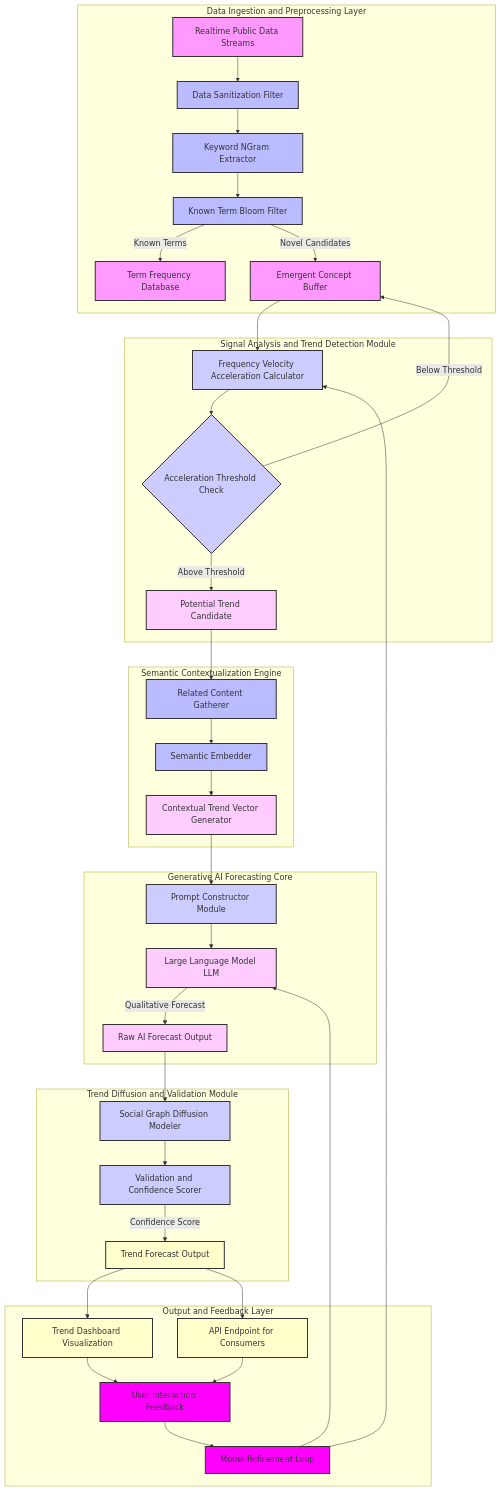
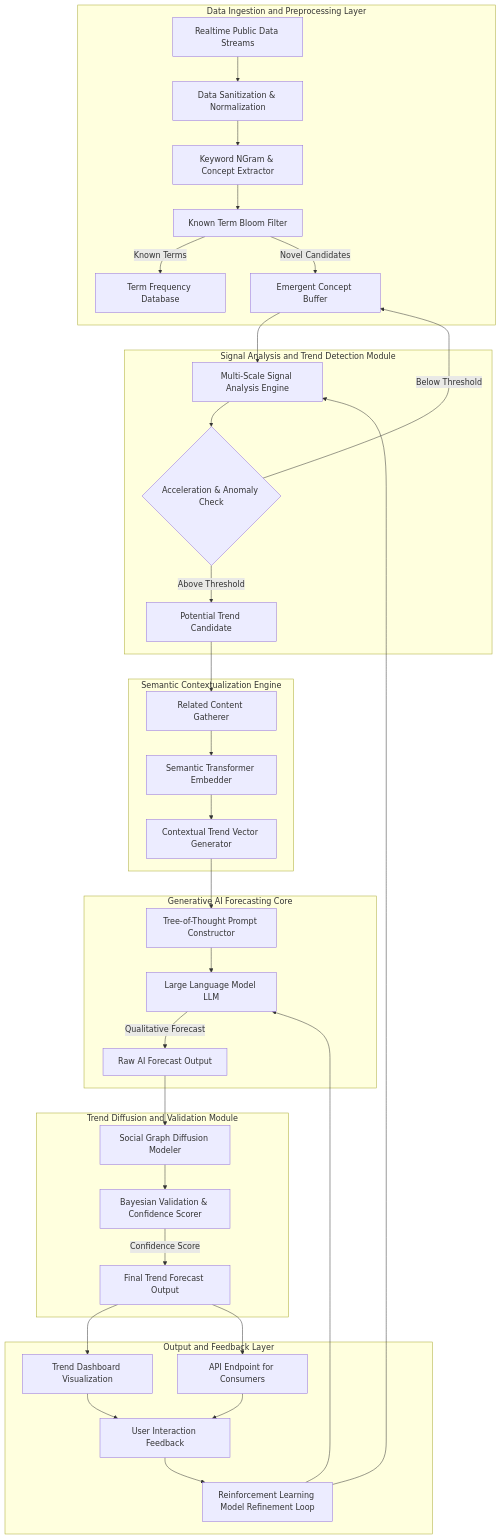
Before and after one commit to diplomat-bit/Citibank_Demo_Business_Inc_Demonstration-: the first of 10 diagrams in inventions/095_predictive_social_trend_analysis.md, drawn with Mermaid. The commit also changed other lines of this file, not shown here.

Commit message:
[AI] Edit: inventions/095_predictive_social_trend_analysis.md

````diff
--- a/inventions/095_predictive_social_trend_analysis.md
+++ b/inventions/095_predictive_social_trend_analysis.md
@@ -28,68 +28,45 @@
 ```mermaid
 graph TD
     subgraph Data Ingestion and Preprocessing Layer
-        A[Realtime Public Data Streams] --> B[Data Sanitization Filter]
-        B --> C[Keyword NGram Extractor]
+        A[Realtime Public Data Streams] --> B[Data Sanitization & Normalization]
+        B --> C[Keyword NGram & Concept Extractor]
         C --> D[Known Term Bloom Filter]
         D -- Known Terms --> E[Term Frequency Database]
         D -- Novel Candidates --> F[Emergent Concept Buffer]
     end
 
     subgraph Signal Analysis and Trend Detection Module
-        F --> G[Frequency Velocity Acceleration Calculator]
-        G --> H{Acceleration Threshold Check}
+        F --> G[Multi-Scale Signal Analysis Engine]
+        G --> H{Acceleration & Anomaly Check}
         H -- Below Threshold --> F
         H -- Above Threshold --> I[Potential Trend Candidate]
     end
 
     subgraph Semantic Contextualization Engine
         I --> J[Related Content Gatherer]
-        J --> K[Semantic Embedder]
+        J --> K[Semantic Transformer Embedder]
         K --> L[Contextual Trend Vector Generator]
     end
 
     subgraph Generative AI Forecasting Core
-        L --> M[Prompt Constructor Module]
+        L --> M[Tree-of-Thought Prompt Constructor]
         M --> N[Large Language Model LLM]
         N -- Qualitative Forecast --> O[Raw AI Forecast Output]
     end
 
     subgraph Trend Diffusion and Validation Module
         O --> P[Social Graph Diffusion Modeler]
-        P --> Q[Validation and Confidence Scorer]
-        Q -- Confidence Score --> R[Trend Forecast Output]
+        P --> Q[Bayesian Validation & Confidence Scorer]
+        Q -- Confidence Score --> R[Final Trend Forecast Output]
     end
 
     subgraph Output and Feedback Layer
         R --> S[Trend Dashboard Visualization]
         R --> T[API Endpoint for Consumers]
         S --> U[User Interaction Feedback]
         T --> U
-        U --> V[Model Refinement Loop]
+        U --> V[Reinforcement Learning Model Refinement Loop]
         V --> G
         V --> N
     end
-
-    style A fill:#f9f,stroke:#333,stroke-width:2px
-    style B fill:#bbf,stroke:#333,stroke-width:2px
-    style C fill:#bbf,stroke:#333,stroke-width:2px
-    style D fill:#bbf,stroke:#333,stroke-width:2px
-    style E fill:#f9f,stroke:#333,stroke-width:2px
-    style F fill:#f9f,stroke:#333,stroke-width:2px
-    style G fill:#ccf,stroke:#333,stroke-width:2px
-    style H fill:#ccf,stroke:#333,stroke-width:2px
-    style I fill:#fcf,stroke:#333,stroke-width:2px
-    style J fill:#bbf,stroke:#333,stroke-width:2px
-    style K fill:#bbf,stroke:#333,stroke-width:2px
-    style L fill:#fcf,stroke:#333,stroke-width:2px
-    style M fill:#ccf,stroke:#333,stroke-width:2px
-    style N fill:#fcf,stroke:#333,stroke-width:2px
-    style O fill:#fcf,stroke:#333,stroke-width:2px
-    style P fill:#ccf,stroke:#333,stroke-width:2px
-    style Q fill:#ccf,stroke:#333,stroke-width:2px
-    style R fill:#ffc,stroke:#333,stroke-width:2px
-    style S fill:#ffc,stroke:#333,stroke-width:2px
-    style T fill:#ffc,stroke:#333,stroke-width:2px
-    style U fill:#f0f,stroke:#333,stroke-width:2px
-    style V fill:#f0f,stroke:#333,stroke-width:2px
 ```
````
